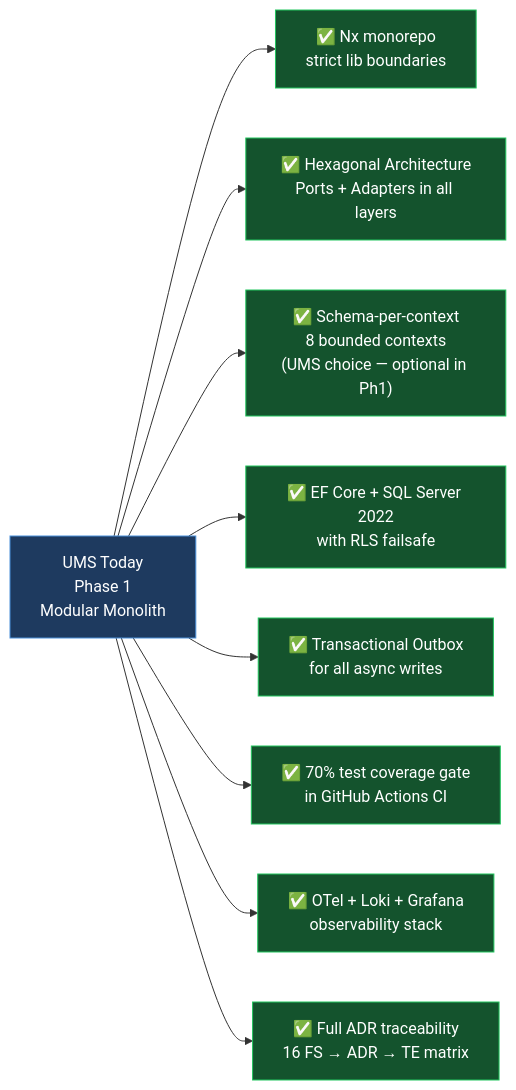
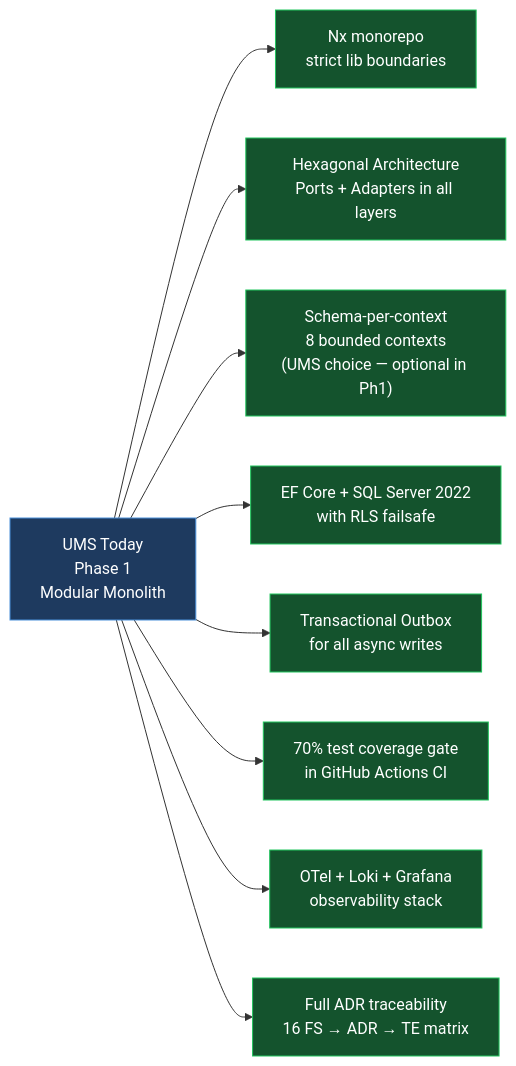
Before and after one commit to beyondnetcode/evolith_arch32: the fourth of 4 diagrams in reference/governance/standards/communication/visuals/v02-progressive-journey.md, drawn with Mermaid. The commit also changed other lines of this file and 41 other files, not shown here.

````diff
--- a/reference/governance/standards/communication/visuals/v02-progressive-journey.md
+++ b/reference/governance/standards/communication/visuals/v02-progressive-journey.md
@@ -119,16 +119,16 @@
 ```mermaid
 flowchart LR
     classDef done fill:#14532d,stroke:#22c55e,color:#fff
     classDef arch fill:#1e3a5f,stroke:#4a90d9,color:#fff
 
     UMS["UMS Today\nPhase 1\nModular Monolith"]:::arch
 
-    UMS --> A["✅ Nx monorepo\nstrict lib boundaries"]:::done
-    UMS --> B["✅ Hexagonal Architecture\nPorts + Adapters in all layers"]:::done
-    UMS --> C["✅ Schema-per-context\n8 bounded contexts\n(UMS choice — optional in Ph1)"]:::done
-    UMS --> D["✅ EF Core + SQL Server 2022\nwith RLS failsafe"]:::done
-    UMS --> E["✅ Transactional Outbox\nfor all async writes"]:::done
-    UMS --> F["✅ 70% test coverage gate\nin GitHub Actions CI"]:::done
-    UMS --> G["✅ OTel + Loki + Grafana\nobservability stack"]:::done
-    UMS --> H["✅ Full ADR traceability\n16 FS → ADR → TE matrix"]:::done
+    UMS --> A[" Nx monorepo\nstrict lib boundaries"]:::done
+    UMS --> B[" Hexagonal Architecture\nPorts + Adapters in all layers"]:::done
+    UMS --> C[" Schema-per-context\n8 bounded contexts\n(UMS choice — optional in Ph1)"]:::done
+    UMS --> D[" EF Core + SQL Server 2022\nwith RLS failsafe"]:::done
+    UMS --> E[" Transactional Outbox\nfor all async writes"]:::done
+    UMS --> F[" 70% test coverage gate\nin GitHub Actions CI"]:::done
+    UMS --> G[" OTel + Loki + Grafana\nobservability stack"]:::done
+    UMS --> H[" Full ADR traceability\n16 FS → ADR → TE matrix"]:::done
 ```
````
